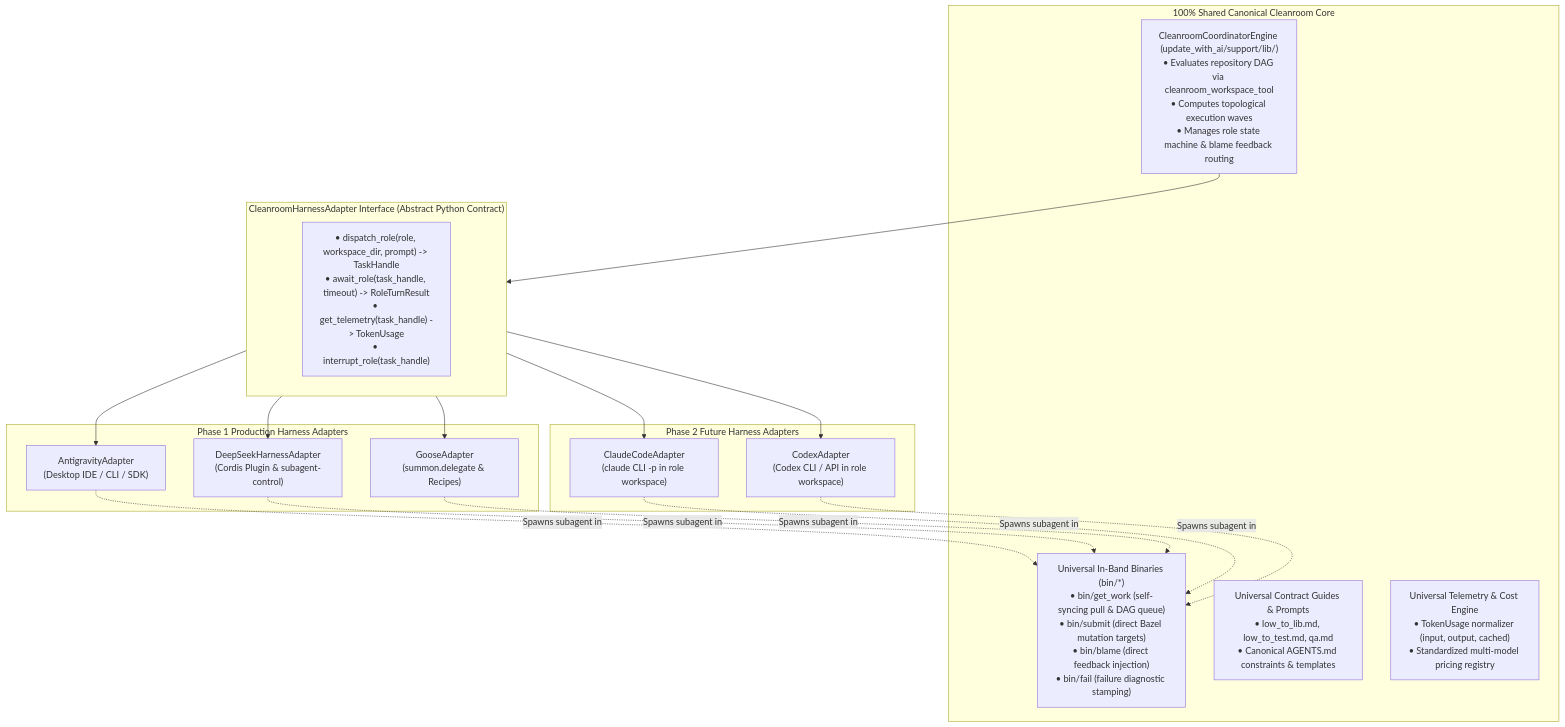
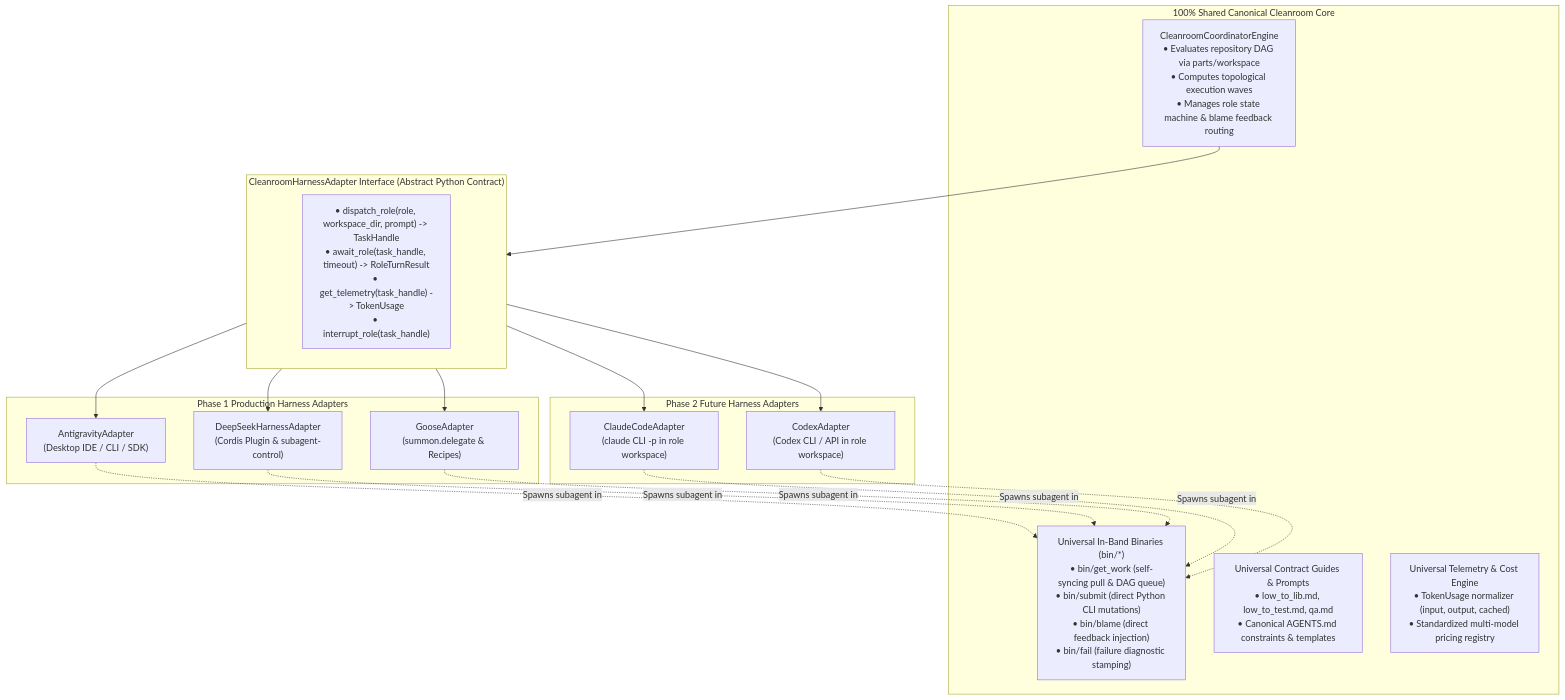
Before and after one commit to mcdirmid/cleanroom: the third of 8 diagrams in design-docs/subagent_driven_cleanroom_workspaces_todo.md, drawn with Mermaid. The commit also changed other lines of this file and 622 other files, not shown here.

````diff
--- a/design-docs/subagent_driven_cleanroom_workspaces_todo.md
+++ b/design-docs/subagent_driven_cleanroom_workspaces_todo.md
@@ -210,37 +210,37 @@
 ```mermaid
 flowchart TD
     subgraph CommonCore ["100% Shared Canonical Cleanroom Core"]
-        CoordEngine["CleanroomCoordinatorEngine (update_with_ai/support/lib/)\n• Evaluates repository DAG via cleanroom_workspace_tool\n• Computes topological execution waves\n• Manages role state machine & blame feedback routing"]
-        RoleBinaries["Universal In-Band Binaries (bin/*)\n• bin/get_work (self-syncing pull & DAG queue)\n• bin/submit (direct Bazel mutation targets)\n• bin/blame (direct feedback injection)\n• bin/fail (failure diagnostic stamping)"]
+        CoordEngine["CleanroomCoordinatorEngine\n• Evaluates repository DAG via parts/workspace\n• Computes topological execution waves\n• Manages role state machine & blame feedback routing"]
+        RoleBinaries["Universal In-Band Binaries (bin/*)\n• bin/get_work (self-syncing pull & DAG queue)\n• bin/submit (direct Python CLI mutations)\n• bin/blame (direct feedback injection)\n• bin/fail (failure diagnostic stamping)"]
         GuidesAndSpecs["Universal Contract Guides & Prompts\n• low_to_lib.md, low_to_test.md, qa.md\n• Canonical AGENTS.md constraints & templates"]
         TelemetryEngine["Universal Telemetry & Cost Engine\n• TokenUsage normalizer (input, output, cached)\n• Standardized multi-model pricing registry"]
     end
 
     subgraph AdapterInterface ["CleanroomHarnessAdapter Interface (Abstract Python Contract)"]
         Contract["• dispatch_role(role, workspace_dir, prompt) -> TaskHandle\n• await_role(task_handle, timeout) -> RoleTurnResult\n• get_telemetry(task_handle) -> TokenUsage\n• interrupt_role(task_handle)"]
     end
 
     subgraph Phase1Adapters ["Phase 1 Production Harness Adapters"]
         AGYAdapter["AntigravityAdapter\n(Desktop IDE / CLI / SDK)"]
         DSHAdapter["DeepSeekHarnessAdapter\n(Cordis Plugin & subagent-control)"]
         GooseAdapter["GooseAdapter\n(summon.delegate & Recipes)"]
     end
 
     subgraph Phase2Adapters ["Phase 2 Future Harness Adapters"]
         ClaudeAdapter["ClaudeCodeAdapter\n(claude CLI -p in role workspace)"]
         CodexAdapter["CodexAdapter\n(Codex CLI / API in role workspace)"]
     end
 
     CoordEngine --> AdapterInterface
     AdapterInterface --> AGYAdapter
     AdapterInterface --> DSHAdapter
     AdapterInterface --> GooseAdapter
     AdapterInterface --> ClaudeAdapter
     AdapterInterface --> CodexAdapter
 
     AGYAdapter -.->|"Spawns subagent in"| RoleBinaries
     DSHAdapter -.->|"Spawns subagent in"| RoleBinaries
     GooseAdapter -.->|"Spawns subagent in"| RoleBinaries
     ClaudeAdapter -.->|"Spawns subagent in"| RoleBinaries
     CodexAdapter -.->|"Spawns subagent in"| RoleBinaries
 ```
````
